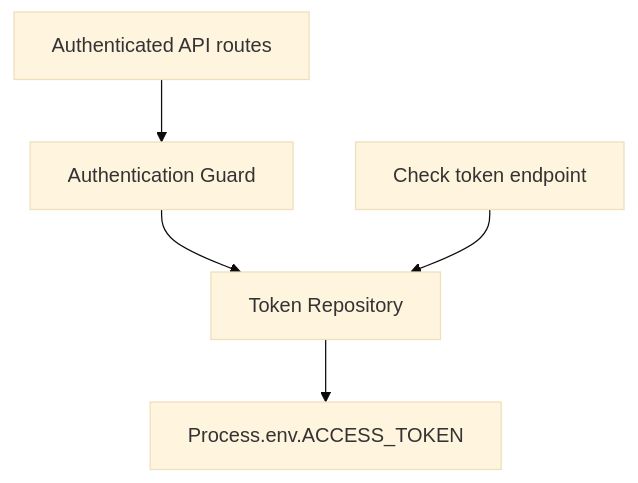
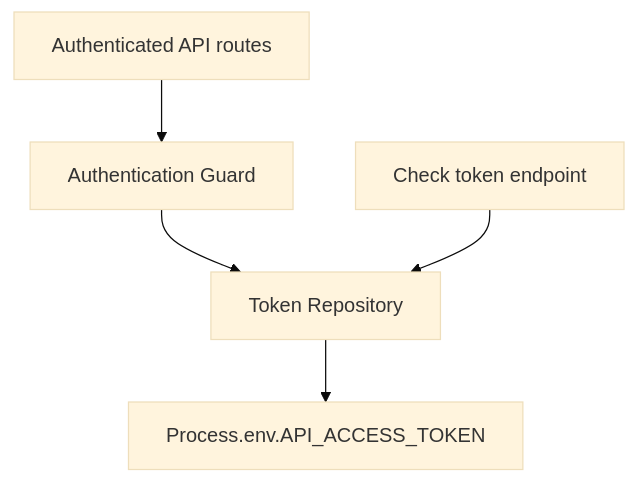
One commit to GautierBlandin/context-gpt changed the fourth of 7 diagrams in design-docs/001-simple-authentication.md. Above: the diagram before and after it, drawn with Mermaid (base theme).

Commit message:
feat(auth): rename env var

````diff
--- a/design-docs/001-simple-authentication.md
+++ b/design-docs/001-simple-authentication.md
@@ -104,7 +104,7 @@
 ```mermaid
 graph TD
   ApiRoutes[Authenticated API routes] --> ApiGuard[Authentication Guard]
   ApiGuard --> TokenRepository[Token Repository]
   CheckTokenEndpoint[Check token endpoint] --> TokenRepository
-  TokenRepository --> ProcessEnv[Process.env.ACCESS_TOKEN]
+  TokenRepository --> ProcessEnv[Process.env.API_ACCESS_TOKEN]
 ```
````
